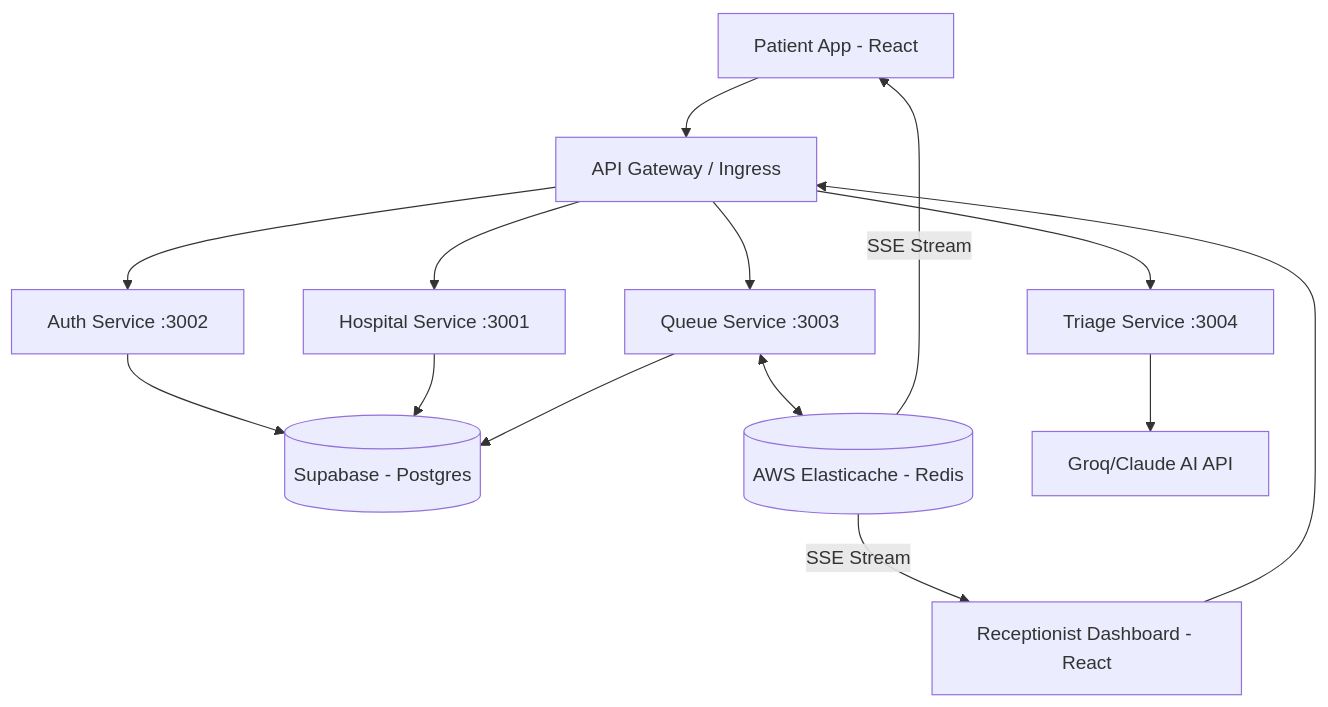
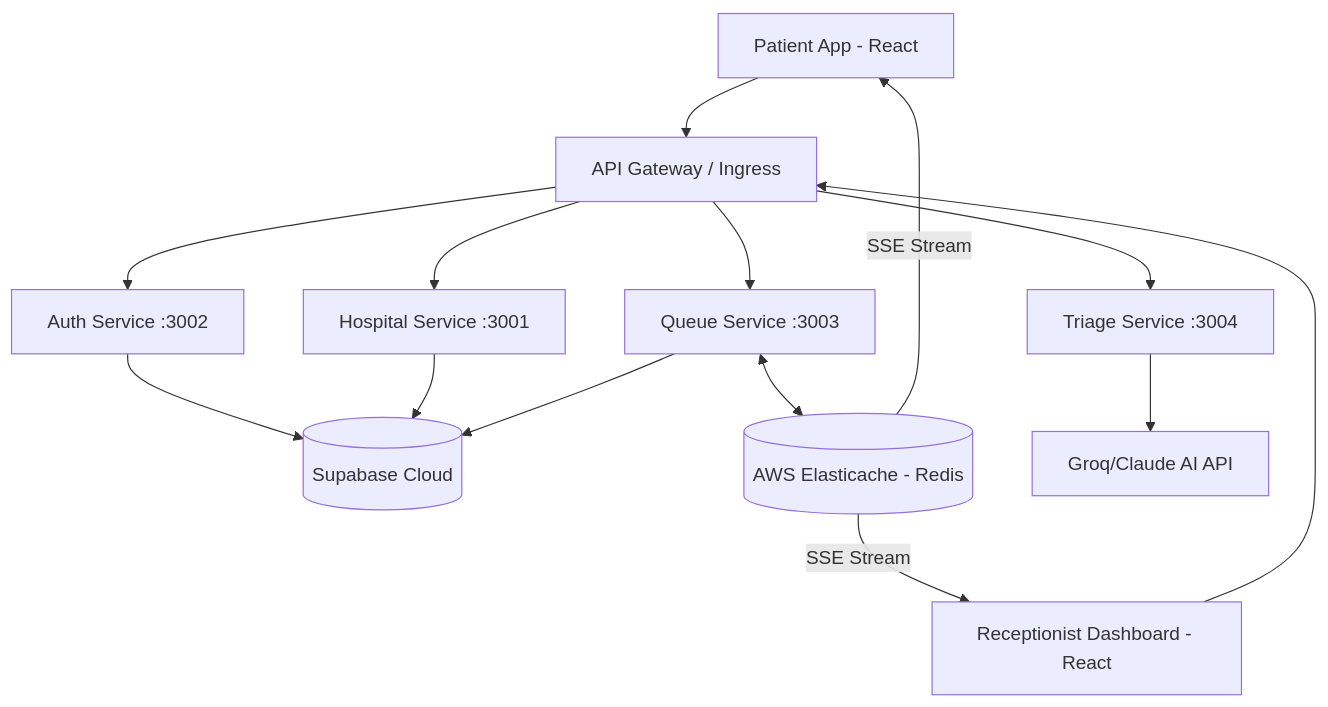
One commit to omkarP-bit/InstaAmbulance changed the diagram in README.md. Above: the diagram before and after it, drawn with Mermaid. The commit also changed other lines of this file and 930 other files, not shown here.

````diff
--- a/README.md
+++ b/README.md
@@ -17,17 +17,17 @@
 ```mermaid
 graph TD
     A[Patient App - React] --> G[API Gateway / Ingress]
     B[Receptionist Dashboard - React] --> G
     
     G --> C[Auth Service :3002]
     G --> D[Hospital Service :3001]
     G --> E[Queue Service :3003]
     G --> F[Triage Service :3004]
     
-    C & D & E --> DB[(Supabase - Postgres)]
+    C & D & E --> DB[(Supabase Cloud)]
     E <--> R[(AWS Elasticache - Redis)]
     F --> AI[Groq/Claude AI API]
     
     R -- SSE Stream --> A
     R -- SSE Stream --> B
 ```
````
